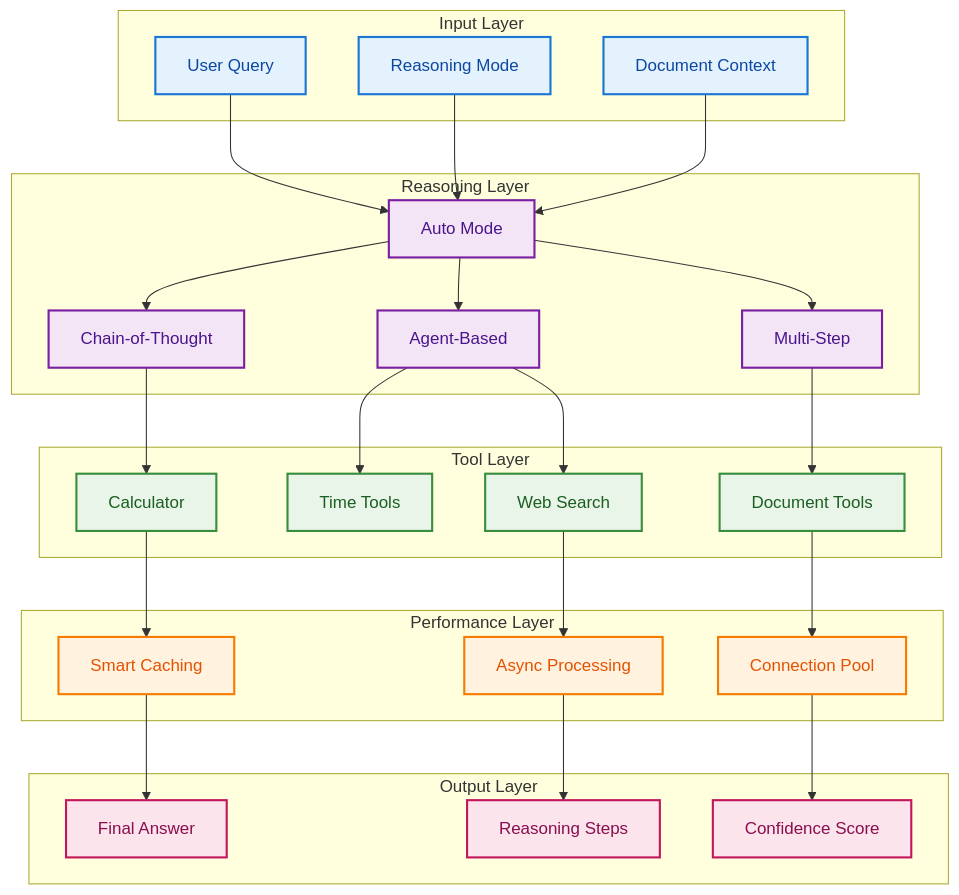
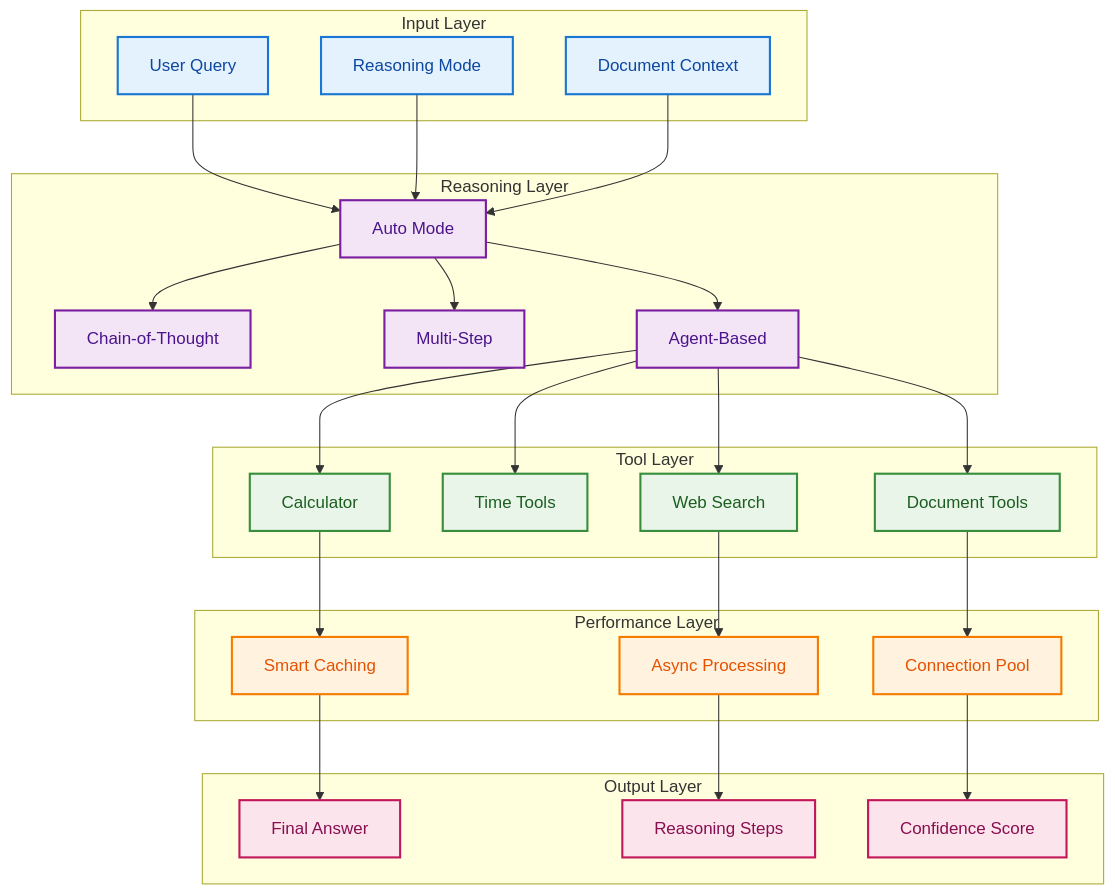
One commit to khaosans/basic-chat changed the first of 6 diagrams in docs/REASONING_FEATURES.md. Above: the diagram before and after it, drawn with Mermaid. The commit also changed other lines of this file, not shown here.

Commit message:
docs: clarify only Agent-Based mode uses tools; update diagram and add explanatory note

````diff
--- a/docs/REASONING_FEATURES.md
+++ b/docs/REASONING_FEATURES.md
@@ -19,63 +19,64 @@
 ```mermaid
 graph TD
     %% Layer labels
     subgraph Input Layer
         QUERY[User Query]
         MODE[Reasoning Mode]
         CONTEXT[Document Context]
     end
     subgraph Reasoning Layer
         AUTO[Auto Mode]
         COT[Chain-of-Thought]
         MULTI[Multi-Step]
         AGENT[Agent-Based]
     end
     subgraph Tool Layer
         CALC[Calculator]
         TIME[Time Tools]
         SEARCH[Web Search]
         DOCS[Document Tools]
     end
     subgraph Performance Layer
         CACHE[Smart Caching]
         ASYNC[Async Processing]
         POOL[Connection Pool]
     end
     subgraph Output Layer
         RESULT[Final Answer]
         STEPS[Reasoning Steps]
         CONFIDENCE[Confidence Score]
     end
 
     %% Flow arrows (vertical, clear progression)
     QUERY --> AUTO
     MODE --> AUTO
     CONTEXT --> AUTO
     AUTO --> COT
     AUTO --> MULTI
     AUTO --> AGENT
-    COT --> CALC
-    MULTI --> DOCS
+    %% Only Agent-Based connects to tools
+    AGENT --> CALC
+    AGENT --> TIME
     AGENT --> SEARCH
-    AGENT --> TIME
+    AGENT --> DOCS
     CALC --> CACHE
     SEARCH --> ASYNC
     DOCS --> POOL
     %% Performance to output
     CACHE --> RESULT
     ASYNC --> STEPS
     POOL --> CONFIDENCE
 
     %% Styling for clarity
     classDef input fill:#E3F2FD,stroke:#1976D2,stroke-width:2px,color:#0D47A1
     classDef reasoning fill:#F3E5F5,stroke:#7B1FA2,stroke-width:2px,color:#4A148C
     classDef tools fill:#E8F5E8,stroke:#388E3C,stroke-width:2px,color:#1B5E20
     classDef performance fill:#FFF3E0,stroke:#F57C00,stroke-width:2px,color:#E65100
     classDef output fill:#FCE4EC,stroke:#C2185B,stroke-width:2px,color:#880E4F
 
     class QUERY,MODE,CONTEXT input
     class AUTO,COT,MULTI,AGENT reasoning
     class CALC,TIME,SEARCH,DOCS tools
     class CACHE,ASYNC,POOL performance
     class RESULT,STEPS,CONFIDENCE output
 ```
````
